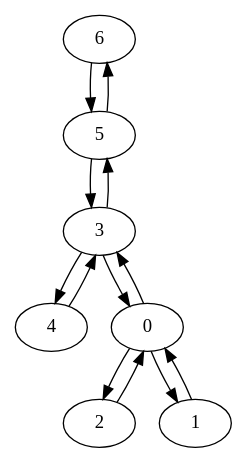
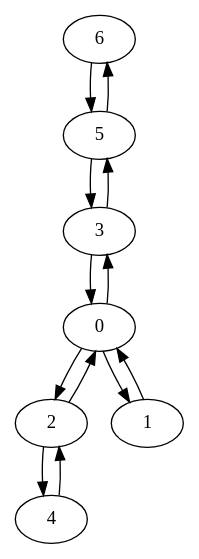
One commit to KennyBlanckaert/C-Playground changed the diagram in algorithms/30-prims_algorithm/mob.dot. Above: the diagram before and after it, drawn with Graphviz. The commit also changed 3 other files, not shown here.

Commit message:
used same graph in prim and kruskal for verification

```diff
--- a/algorithms/30-prims_algorithm/mob.dot
+++ b/algorithms/30-prims_algorithm/mob.dot
@@ -1,21 +1,21 @@
 digraph {
 "6"[label="6"];
 "5"[label="5"];
 "4"[label="4"];
 "3"[label="3"];
 "2"[label="2"];
 "1"[label="1"];
 "0"[label="0"];
 "0" -> "1";
 "0" -> "2";
 "0" -> "3";
 "1" -> "0";
 "2" -> "0";
+"2" -> "4";
 "3" -> "0";
-"3" -> "4";
 "3" -> "5";
-"4" -> "3";
+"4" -> "2";
 "5" -> "3";
 "5" -> "6";
 "6" -> "5";
 }
```
